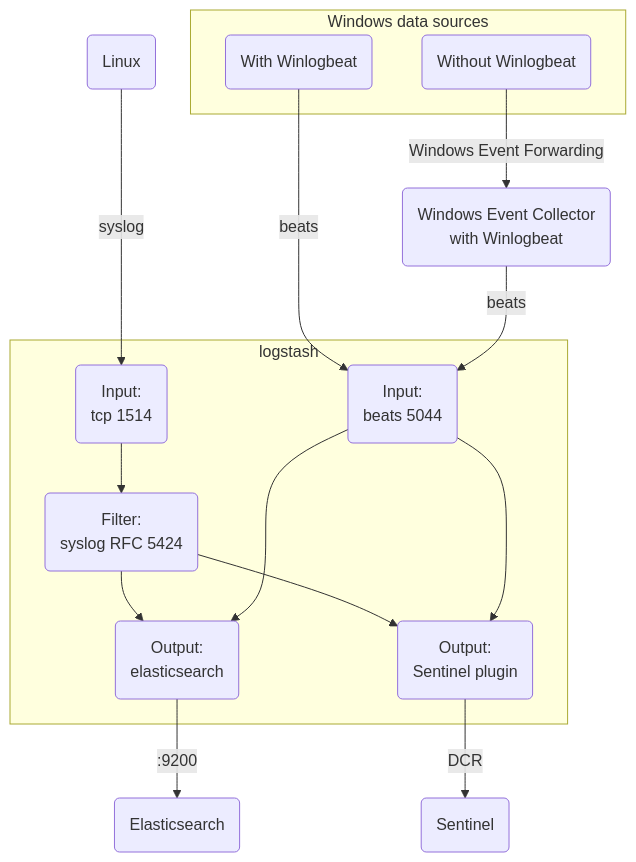
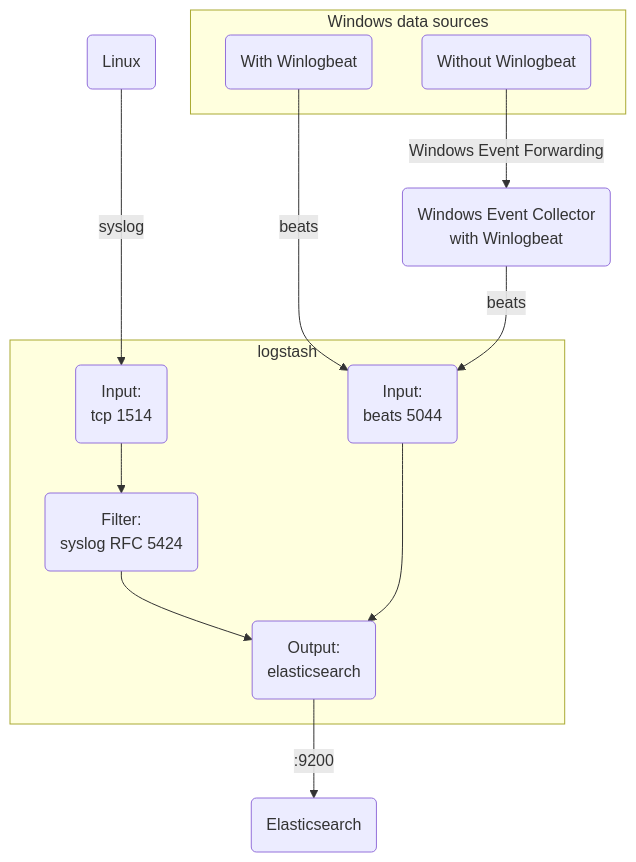
The third of 3 diagrams in elastic/README.md (joetanx/setup), drawn with Mermaid before and after one commit.

````diff
--- a/elastic/README.md
+++ b/elastic/README.md
@@ -44,27 +44,23 @@
 ```mermaid
 flowchart TD
   subgraph Windows data sources
-    A1(With Winlogbeat)
-    A2(Without Winlogbeat) 
+    W1(With Winlogbeat)
+    W2(Without Winlogbeat) 
   end
-  A3(Windows Event Collector<br>with Winlogbeat)
-  B(Linux)
+  W3(Windows Event Collector<br>with Winlogbeat)
+  L(Linux)
   subgraph logstash
-    L1(Input:<br>tcp 1514)
-    L2(Input:<br>beats 5044)
-    F1(Filter:<br>syslog RFC 5424)
-    O1(Output:<br>elasticsearch)
-    O2(Output:<br>Sentinel plugin)
-    L1 --> F1
-    F1 --> O1
-    F1 --> O2
-    L2 ---> O1
-    L2 ---> O2
+    I1(Input:<br>tcp 1514)
+    I2(Input:<br>beats 5044)
+    F(Filter:<br>syslog RFC 5424)
+    O(Output:<br>elasticsearch)
+    I1 --> F
+    F --> O
+    I2 ---> O
   end
-  A1 -->|beats| L2
-  A2 -->|Windows Event Forwarding| A3
-  A3 -->|beats| L2
-  B --->|syslog| L1
-  O1 -->|:9200| E(Elasticsearch)
-  O2 -->|DCR| S(Sentinel)
+  W1 -->|beats| I2
+  W2 -->|Windows Event Forwarding| W3
+  W3 -->|beats| I2
+  L --->|syslog| I1
+  O -->|:9200| E(Elasticsearch)
 ```
````
